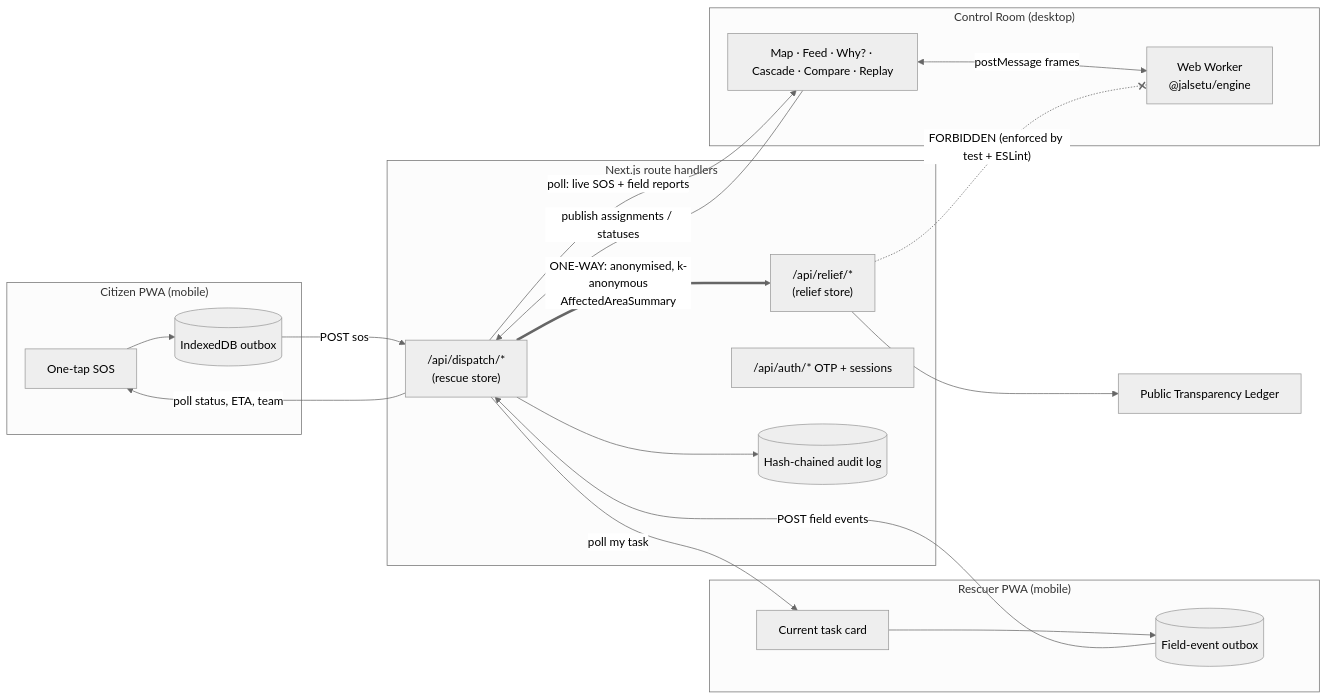
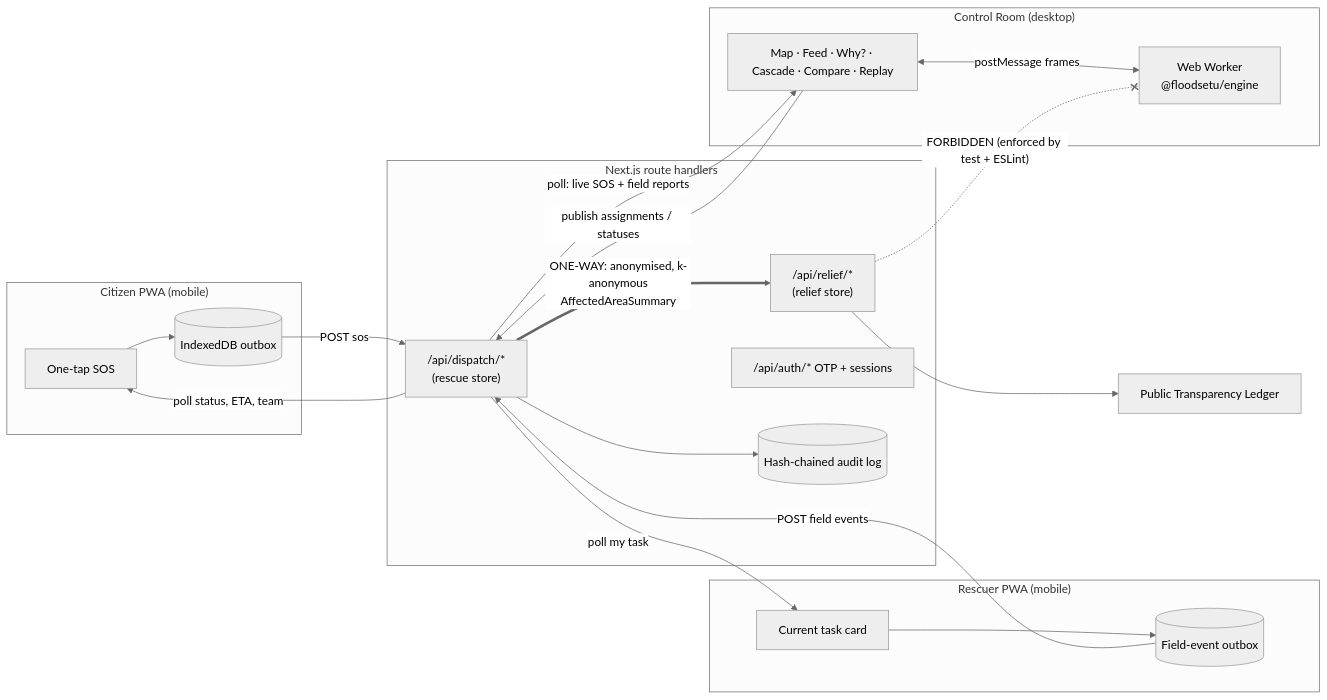
Before and after one commit to satiricalguru/FloodSetu: the first of 2 diagrams in docs/ARCHITECTURE.md, drawn with Mermaid (neutral theme). The commit also changed other lines of this file and 90 other files, not shown here.

````diff
--- a/docs/ARCHITECTURE.md
+++ b/docs/ARCHITECTURE.md
@@ -19,30 +19,30 @@
 ```mermaid
 flowchart LR
   subgraph Citizen["Citizen PWA (mobile)"]
     SOS[One-tap SOS] --> OUTBOX[(IndexedDB outbox)]
   end
   subgraph Rescuer["Rescuer PWA (mobile)"]
     TASK[Current task card] --> RQ[(Field-event outbox)]
   end
   subgraph Server["Next.js route handlers"]
     API_D["/api/dispatch/*\n(rescue store)"]
     API_R["/api/relief/*\n(relief store)"]
     AUTH["/api/auth/* OTP + sessions"]
     AUDIT[(Hash-chained audit log)]
   end
   subgraph Control["Control Room (desktop)"]
     UI[Map · Feed · Why? · Cascade · Compare · Replay]
-    W["Web Worker\n@jalsetu/engine"]
+    W["Web Worker\n@floodsetu/engine"]
     UI <-->|postMessage frames| W
   end
   OUTBOX -->|POST sos| API_D
   RQ -->|POST field events| API_D
   API_D -->|poll: live SOS + field reports| UI
   UI -->|publish assignments / statuses| API_D
   API_D -->|poll status, ETA, team| SOS
   API_D -->|poll my task| TASK
   API_D == "ONE-WAY: anonymised, k-anonymous\nAffectedAreaSummary" ==> API_R
   API_R --> LEDGER[Public Transparency Ledger]
   API_D --> AUDIT
   API_R -.-x|"FORBIDDEN (enforced by test + ESLint)"| W
 ```
````
